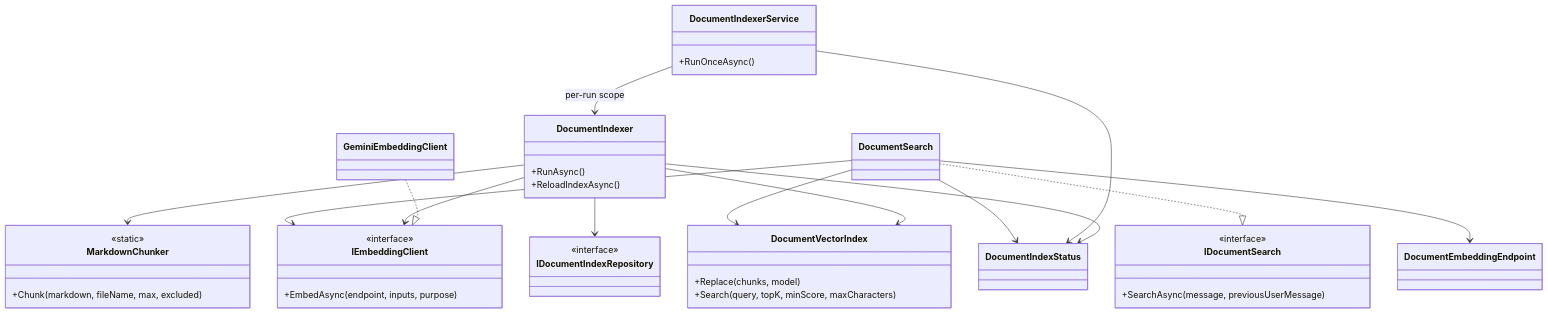
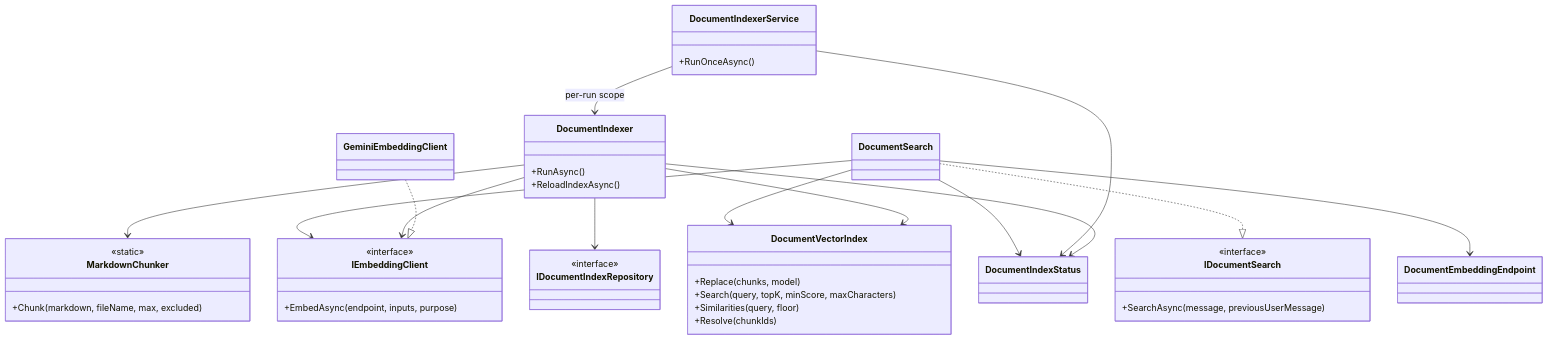
The seventh of 14 diagrams in TF - Documents/TF - LLD/08-TFA-Assistant/08.1-Assistant/LLD-Assistant.md (jojogeorge3344/TaskFlow-Project), drawn with Mermaid before and after one commit. The commit also changed other lines of this file and 25 other files, not shown here.

````diff
--- a/TF - Documents/TF - LLD/08-TFA-Assistant/08.1-Assistant/LLD-Assistant.md
+++ b/TF - Documents/TF - LLD/08-TFA-Assistant/08.1-Assistant/LLD-Assistant.md
@@ -717,46 +719,48 @@
 ```mermaid
 classDiagram
   class IDocumentSearch {
     <<interface>>
     +SearchAsync(message, previousUserMessage)
   }
   class DocumentSearch
   class DocumentVectorIndex {
     +Replace(chunks, model)
     +Search(query, topK, minScore, maxCharacters)
+    +Similarities(query, floor)
+    +Resolve(chunkIds)
   }
   class DocumentIndexerService {
     +RunOnceAsync()
   }
   class DocumentIndexer {
     +RunAsync()
     +ReloadIndexAsync()
   }
   class MarkdownChunker {
     <<static>>
     +Chunk(markdown, fileName, max, excluded)
   }
   class IEmbeddingClient {
     <<interface>>
     +EmbedAsync(endpoint, inputs, purpose)
   }
   class GeminiEmbeddingClient
   class IDocumentIndexRepository {
     <<interface>>
   }
   class DocumentIndexStatus
   class DocumentEmbeddingEndpoint
   DocumentSearch ..|> IDocumentSearch
   DocumentSearch --> DocumentVectorIndex
   DocumentSearch --> IEmbeddingClient
   DocumentSearch --> DocumentEmbeddingEndpoint
   DocumentSearch --> DocumentIndexStatus
   DocumentIndexerService --> DocumentIndexer : per-run scope
   DocumentIndexerService --> DocumentIndexStatus
   DocumentIndexer --> MarkdownChunker
   DocumentIndexer --> IEmbeddingClient
   DocumentIndexer --> IDocumentIndexRepository
   DocumentIndexer --> DocumentVectorIndex
   DocumentIndexer --> DocumentIndexStatus
   GeminiEmbeddingClient ..|> IEmbeddingClient
 ```
````
